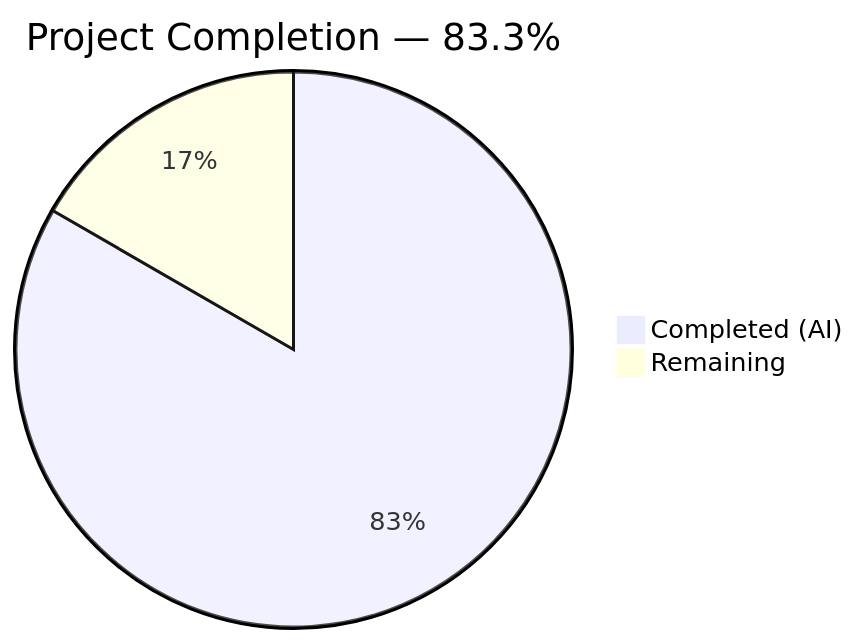
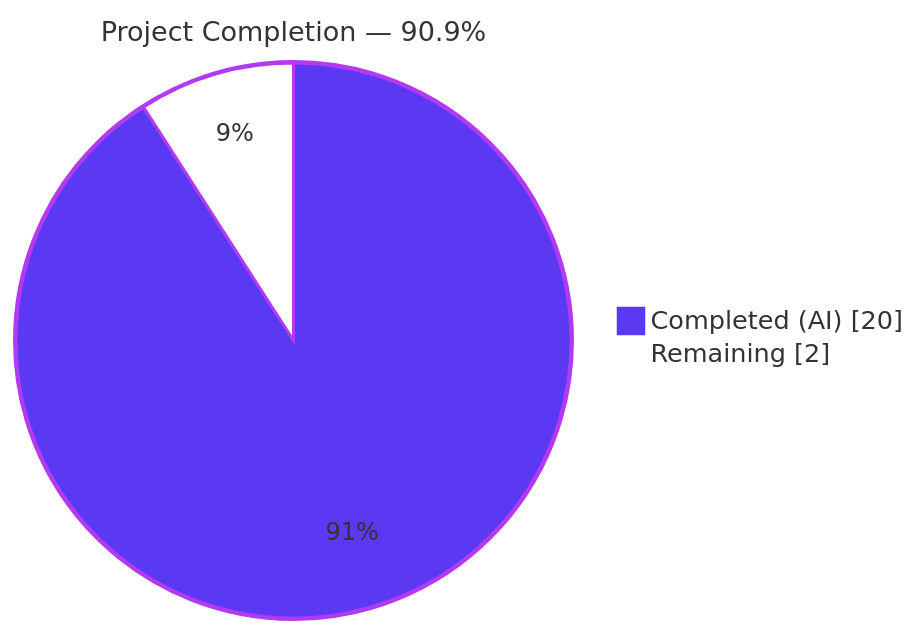
The first of 3 diagrams in blitzy/documentation/Project Guide.md (TestadoBlitzy/Existing-product), drawn with Mermaid before and after one commit. The commit also changed other lines of this file, not shown here.

Commit message:
Adding Blitzy Project Guide: Project Status and Human Tasks Remaining

````diff
--- a/blitzy/documentation/Project Guide.md
+++ b/blitzy/documentation/Project Guide.md
@@ -11,5 +15,6 @@
 ```mermaid
-pie title Project Completion — 83.3%
-    "Completed (AI)" : 10
+%%{init: {'theme':'base', 'themeVariables': { 'pie1': '#5B39F3', 'pie2': '#FFFFFF', 'pieStrokeColor': '#B23AF2', 'pieOuterStrokeColor': '#B23AF2', 'pieTitleTextSize': '18px', 'pieSectionTextSize': '16px', 'pieOpacity': '1' }}}%%
+pie showData title Project Completion — 90.9%
+    "Completed (AI)" : 20
     "Remaining" : 2
 ```
````
